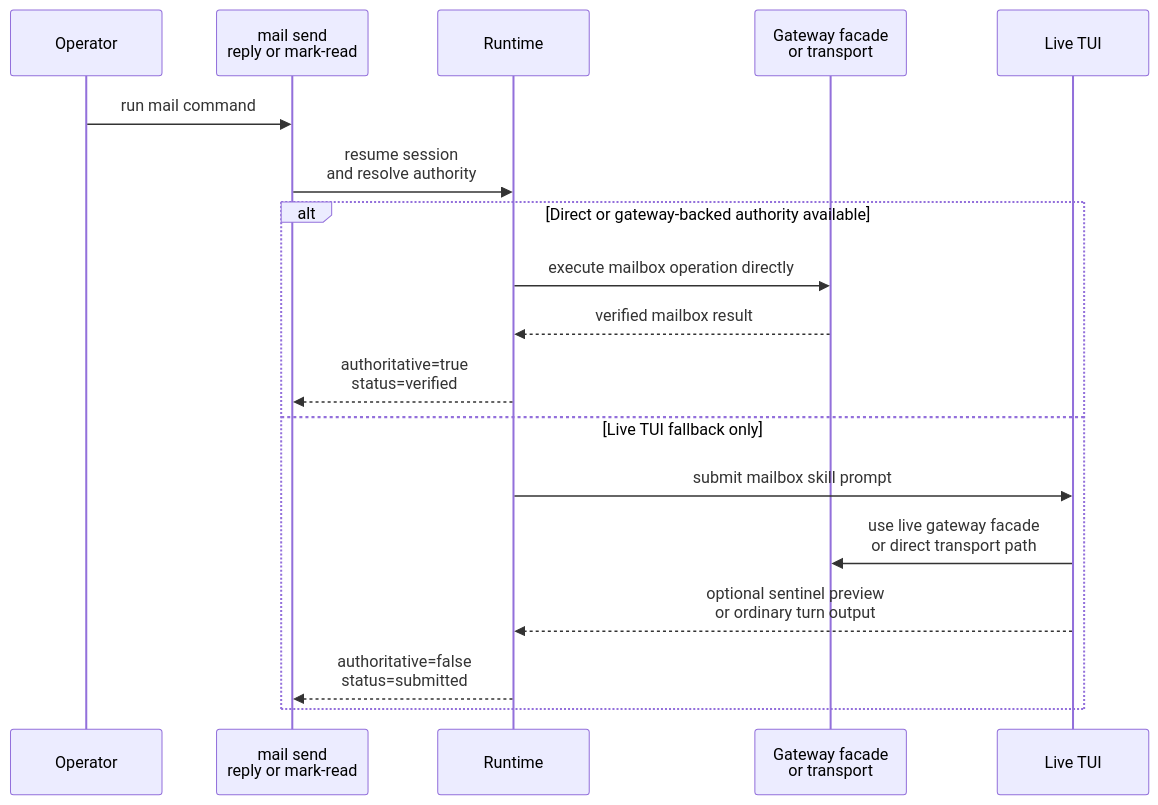
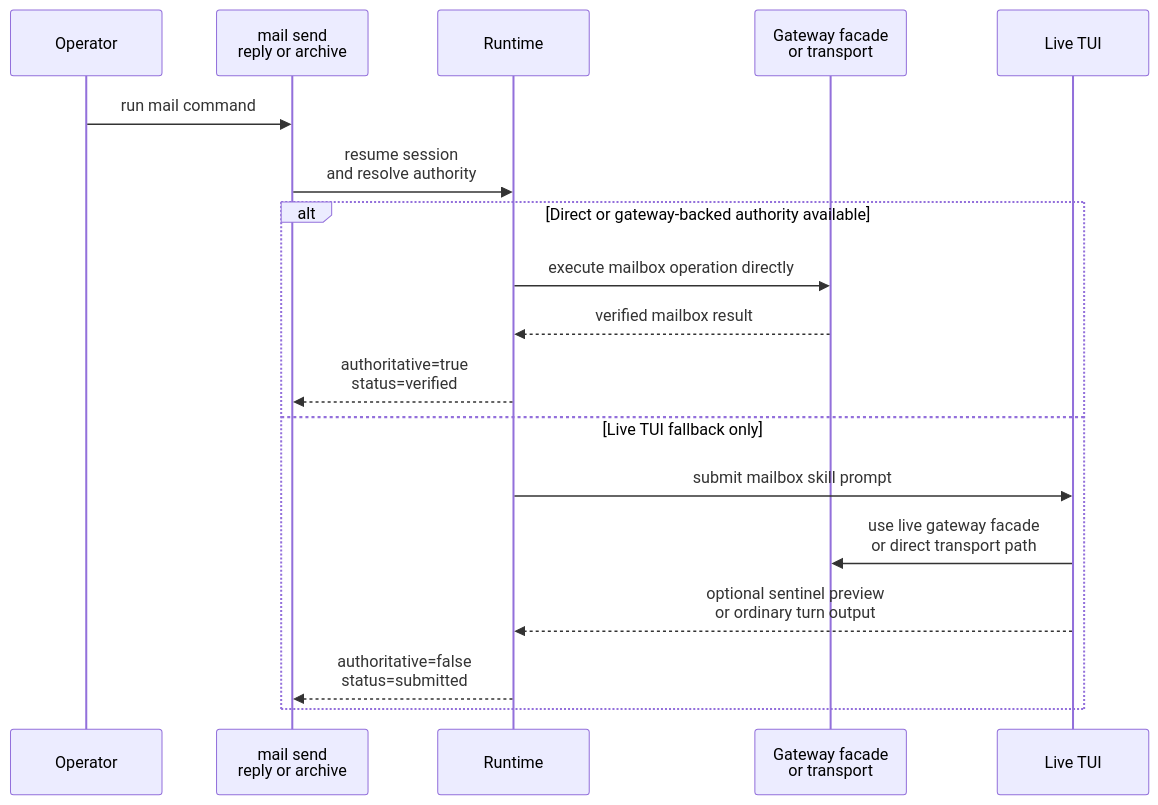
One commit to igamenovoer/houmao changed the second of 2 diagrams in docs/reference/mailbox/quickstart.md. Above: the diagram before and after it, drawn with Mermaid. The commit also changed other lines of this file and 47 other files, not shown here.

````diff
--- a/docs/reference/mailbox/quickstart.md
+++ b/docs/reference/mailbox/quickstart.md
@@ -232,20 +234,20 @@
 ```mermaid
 sequenceDiagram
     participant Op as Operator
-    participant CLI as mail send<br/>reply or mark-read
+    participant CLI as mail send<br/>reply or archive
     participant RT as Runtime
     participant MB as Gateway facade<br/>or transport
     participant Ses as Live TUI
     Op->>CLI: run mail command
     CLI->>RT: resume session<br/>and resolve authority
     alt Direct or gateway-backed authority available
         RT->>MB: execute mailbox operation directly
         MB-->>RT: verified mailbox result
         RT-->>CLI: authoritative=true<br/>status=verified
     else Live TUI fallback only
         RT->>Ses: submit mailbox skill prompt
         Ses->>MB: use live gateway facade<br/>or direct transport path
         Ses-->>RT: optional sentinel preview<br/>or ordinary turn output
         RT-->>CLI: authoritative=false<br/>status=submitted
     end
 ```
````
